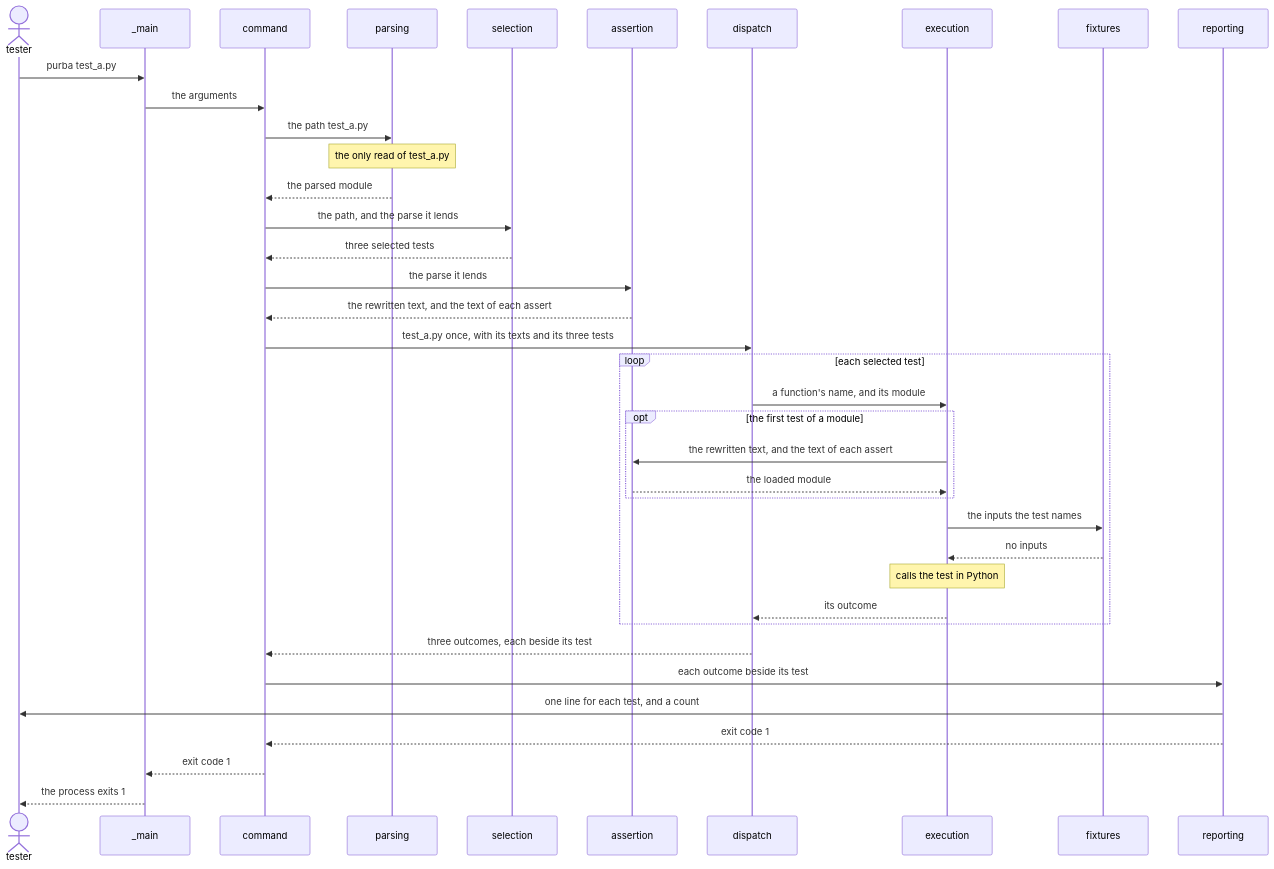
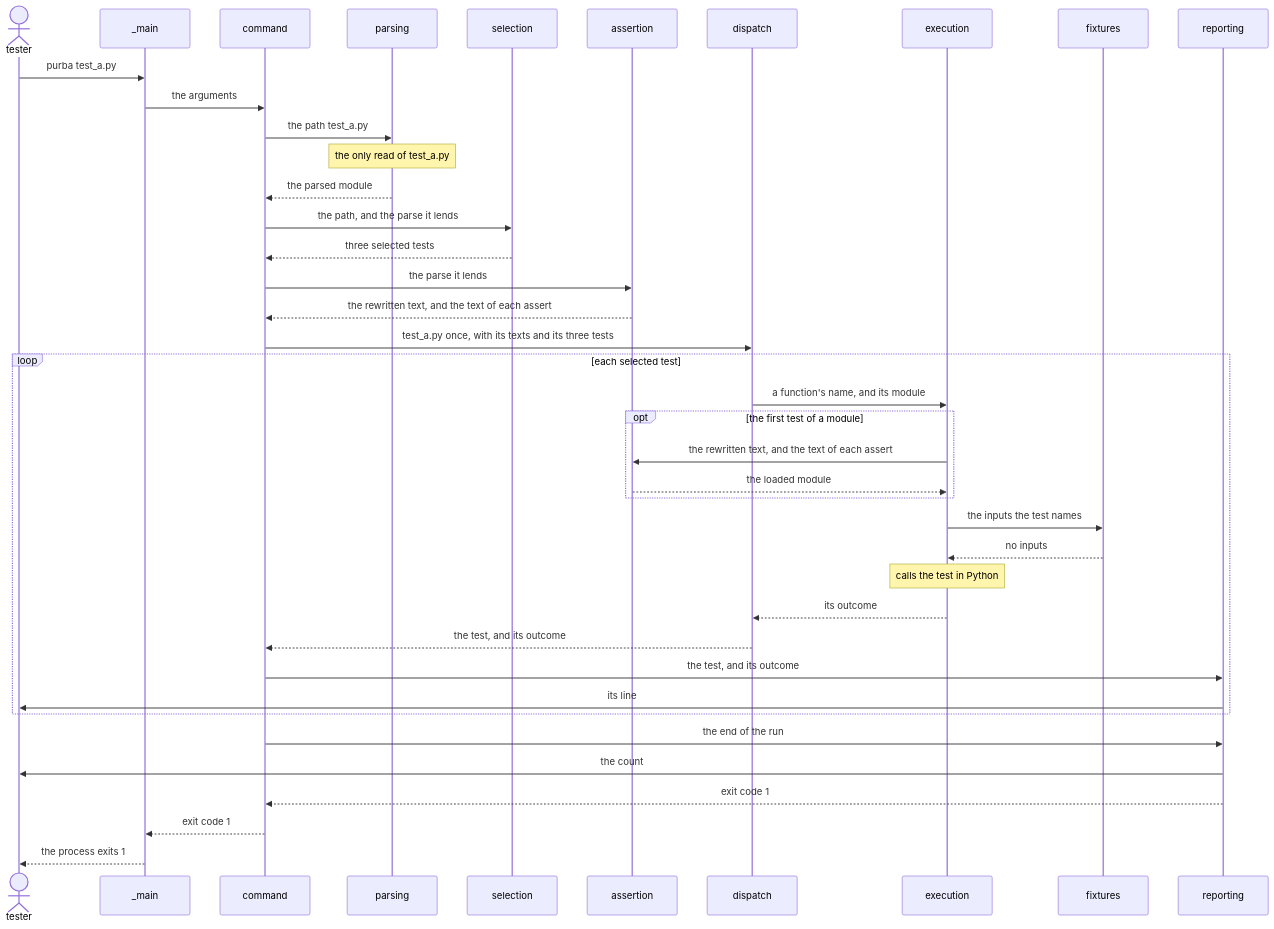
One commit to kalonji-tools/purba changed the third of 3 diagrams in LANDSCAPE.md. Above: the diagram before and after it, drawn with Mermaid. The commit also changed other lines of this file and 9 other files, not shown here.

Commit message:
feat: print each line as its test ends (#664)

````diff
--- a/LANDSCAPE.md
+++ b/LANDSCAPE.md
@@ -84,40 +84,42 @@
 ```mermaid
 sequenceDiagram
   actor tester
   participant main as _main
   participant command
   participant parsing
   participant selection
   participant assertion
   participant dispatch
   participant execution
   participant fixtures
   participant reporting
   tester ->> main: purba test_a.py
   main ->> command: the arguments
   command ->> parsing: the path test_a.py
   Note over parsing: the only read of test_a.py
   parsing -->> command: the parsed module
   command ->> selection: the path, and the parse it lends
   selection -->> command: three selected tests
   command ->> assertion: the parse it lends
   assertion -->> command: the rewritten text, and the text of each assert
   command ->> dispatch: test_a.py once, with its texts and its three tests
   loop each selected test
     dispatch ->> execution: a function's name, and its module
     opt the first test of a module
       execution ->> assertion: the rewritten text, and the text of each assert
       assertion -->> execution: the loaded module
     end
     execution ->> fixtures: the inputs the test names
     fixtures -->> execution: no inputs
     Note over execution: calls the test in Python
     execution -->> dispatch: its outcome
+    dispatch -->> command: the test, and its outcome
+    command ->> reporting: the test, and its outcome
+    reporting ->> tester: its line
   end
-  dispatch -->> command: three outcomes, each beside its test
-  command ->> reporting: each outcome beside its test
-  reporting ->> tester: one line for each test, and a count
+  command ->> reporting: the end of the run
+  reporting ->> tester: the count
   reporting -->> command: exit code 1
   command -->> main: exit code 1
   main -->> tester: the process exits 1
 ```
````
